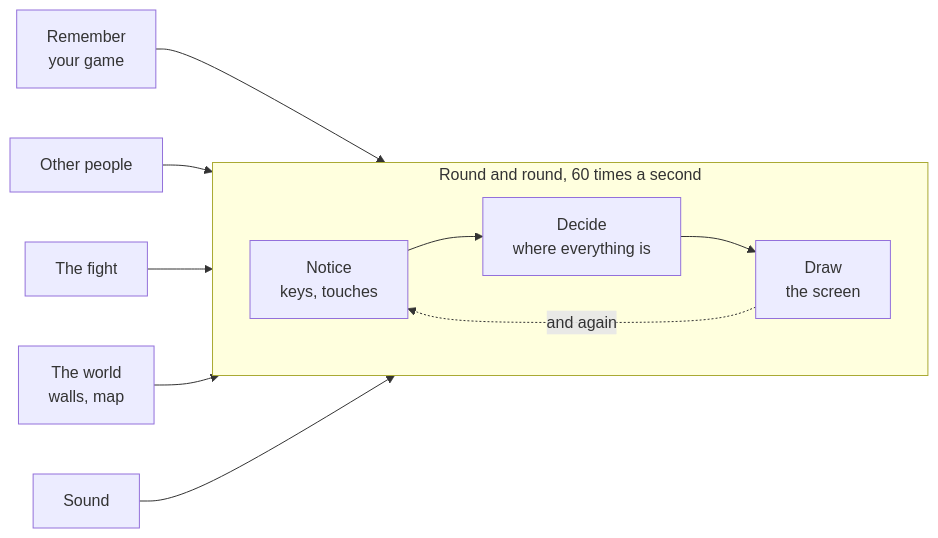
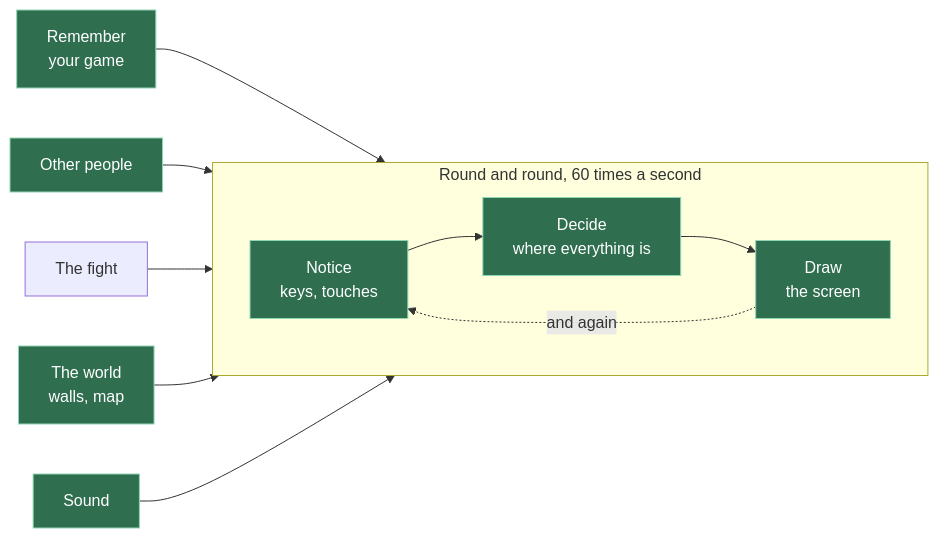
One commit to KakkoiDev/izumo-io changed the diagram in content/ai/a18.ja.md. Above: the diagram before and after it, drawn with Mermaid. The commit also changed other lines of this file and 35 other files, not shown here.

Commit message:
Mark earlier-completed modules green on the A11-A22 diagrams, and fix the stale A11 PT prompt block plus code markup in three translations

````diff
--- a/content/ai/a18.ja.md
+++ b/content/ai/a18.ja.md
@@ -19,14 +19,17 @@
 ```mermaid
 flowchart LR
     subgraph loop["Round and round, 60 times a second"]
         direction LR
         N["Notice<br/>keys, touches"] --> D["Decide<br/>where everything is"] --> R["Draw<br/>the screen"]
     end
     R -. "and again" .-> N
 
     S["Remember<br/>your game"] --> D
     O["Other people"] --> D
     F["The fight"] --> D
     W["The world<br/>walls, map"] --> R
     A["Sound"] --> R
+
+    classDef done fill:#2f6f4f,stroke:#8fd6b4,color:#fff
+    class N,D,R,S,O,W,A done
 ```
````
